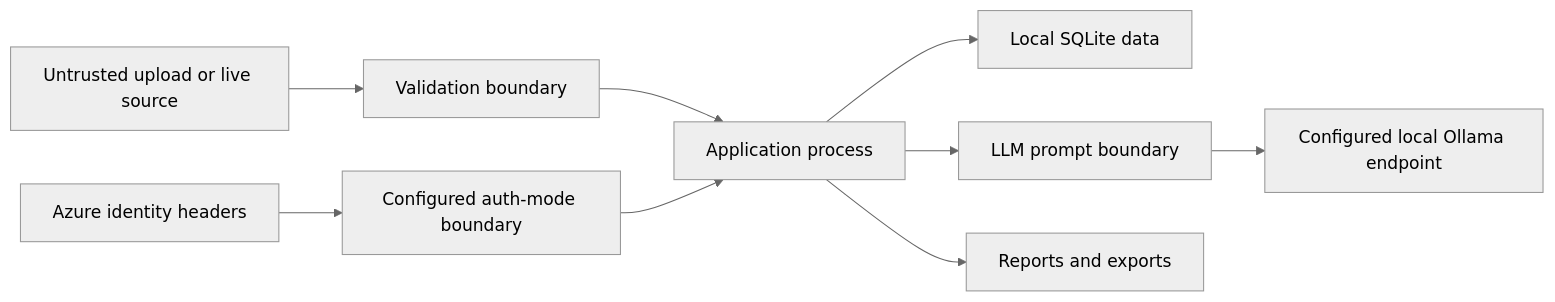
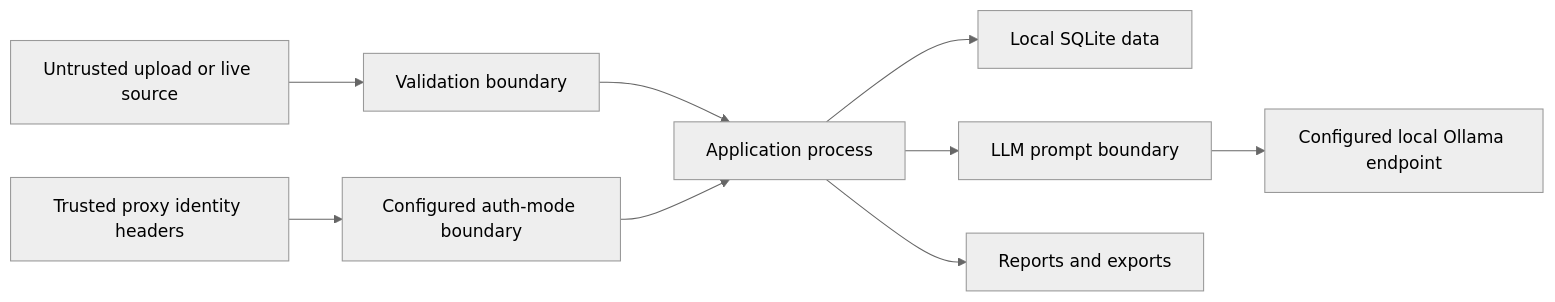
The third of 3 diagrams in docs/architecture.md (0zB0/Security-Log-Analyzer), drawn with Mermaid (neutral theme) before and after one commit. The commit also changed other lines of this file and 66 other files, not shown here.

````diff
--- a/docs/architecture.md
+++ b/docs/architecture.md
@@ -98,11 +98,11 @@
 ```mermaid
 flowchart LR
     X["Untrusted upload or live source"] --> B1["Validation boundary"]
     B1 --> A["Application process"]
-    ID["Azure identity headers"] --> B2["Configured auth-mode boundary"]
+    ID["Trusted proxy identity headers"] --> B2["Configured auth-mode boundary"]
     B2 --> A
     A --> D["Local SQLite data"]
     A --> B3["LLM prompt boundary"]
     B3 --> O["Configured local Ollama endpoint"]
     A --> OUT["Reports and exports"]
 ```
````
